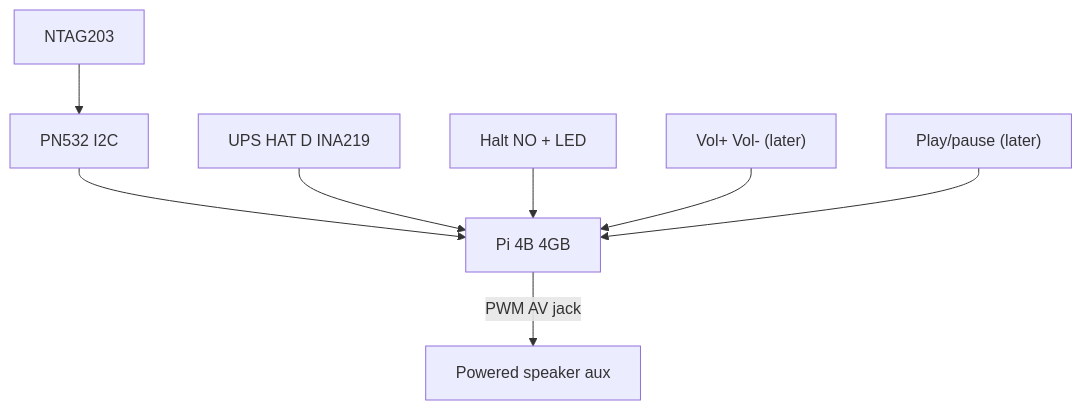
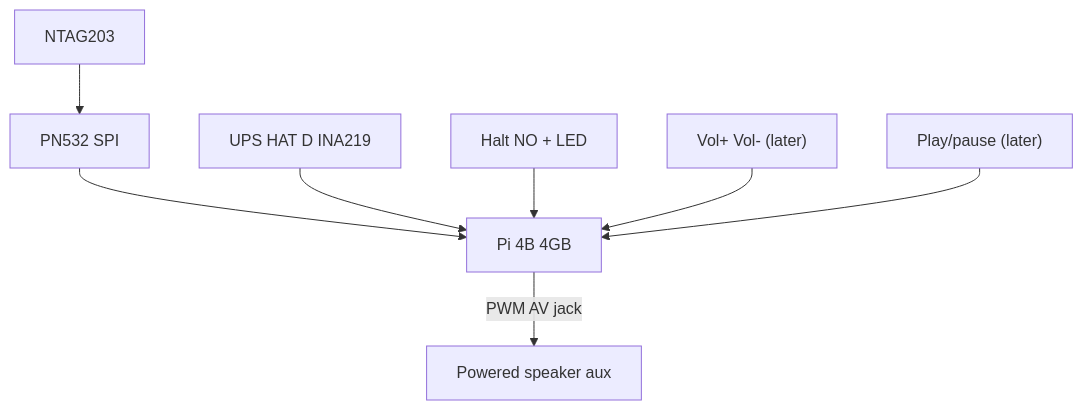
The diagram in docs/hardware.md (mzworthington/RoMini), drawn with Mermaid before and after one commit. The commit also changed other lines of this file and 15 other files, not shown here.

````diff
--- a/docs/hardware.md
+++ b/docs/hardware.md
@@ -29,10 +29,10 @@
 ```mermaid
 flowchart TB
-  ntag["NTAG203"] --> hat["PN532 I2C"]
+  ntag["NTAG203"] --> hat["PN532 SPI"]
   hat --> pi["Pi 4B 4GB"]
   ups["UPS HAT D INA219"] --> pi
   halt["Halt NO + LED"] --> pi
   vol["Vol+ Vol- (later)"] --> pi
   play["Play/pause (later)"] --> pi
   pi -->|"PWM AV jack"| spk["Powered speaker aux"]
 ```
````
